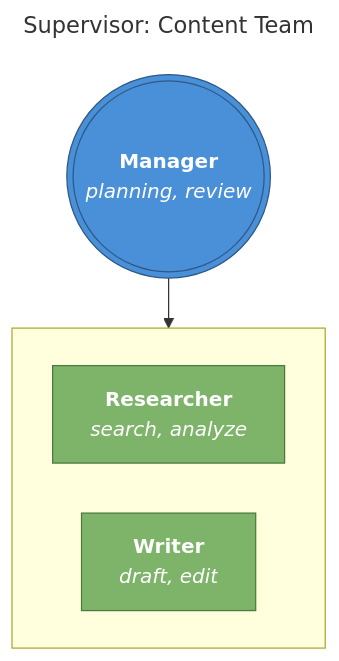
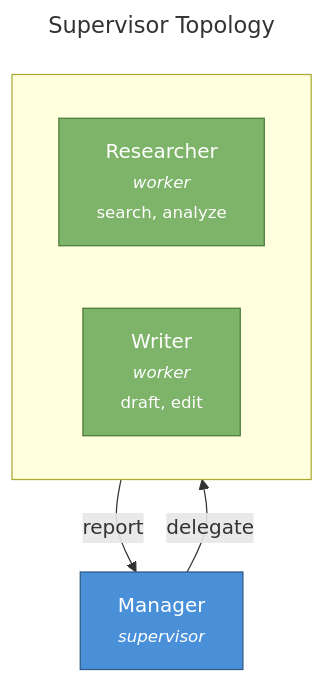
Before and after one commit to milad-o/agenticflow: the diagram in examples/diagrams/1_supervisor.mmd, drawn with Mermaid. The commit also changed 9 other files, not shown here.

First line of the commit message:
Standardize Mermaid visualization with consistent node format

```diff
--- a/examples/diagrams/1_supervisor.mmd
+++ b/examples/diagrams/1_supervisor.mmd
@@ -1,32 +1,21 @@
 ---
-title: "Supervisor: Content Team"
+title: Supervisor Topology
 config:
   theme: default
-  flowchart:
-    curve: basis
-    nodeSpacing: 40
-    rankSpacing: 40
 ---
 flowchart TB
-    Manager((("`**Manager**
-_planning, review_`"))):::orch
+    Manager["Manager<br/><small><i>supervisor</i></small>"]:::super
 
     subgraph Workers[" "]
         direction LR
-        Researcher["`**Researcher**
-_search, analyze_`"]:::work
-        Writer["`**Writer**
-_draft, edit_`"]:::work
+        Researcher["Researcher<br/><small><i>worker</i></small><br/><small>search, analyze</small>"]:::work
+        Writer["Writer<br/><small><i>worker</i></small><br/><small>draft, edit</small>"]:::work
     end
 
-    Manager --> Workers
+    Manager -->|delegate| Workers
+    Workers -->|report| Manager
 
-    classDef orch fill:#4a90d9,stroke:#2d5986,color:#fff
+    classDef super fill:#4a90d9,stroke:#2d5986,color:#fff
     classDef work fill:#7eb36a,stroke:#4a7a3d,color:#fff
-    classDef plan fill:#e6a23c,stroke:#b87c1e,color:#fff
-    classDef crit fill:#f56c6c,stroke:#c45656,color:#fff
-    classDef spec fill:#9b59b6,stroke:#7b3a96,color:#fff
-    classDef res fill:#3498db,stroke:#2475ad,color:#fff
-    classDef val fill:#1abc9c,stroke:#16a085,color:#fff
-    classDef asst fill:#95a5a6,stroke:#7f8c8d,color:#fff
-    classDef tool fill:#f5f5f5,stroke:#999,color:#333
+    classDef auto fill:#9b59b6,stroke:#7b3a96,color:#fff
+    classDef review fill:#f56c6c,stroke:#c45656,color:#fff
```
